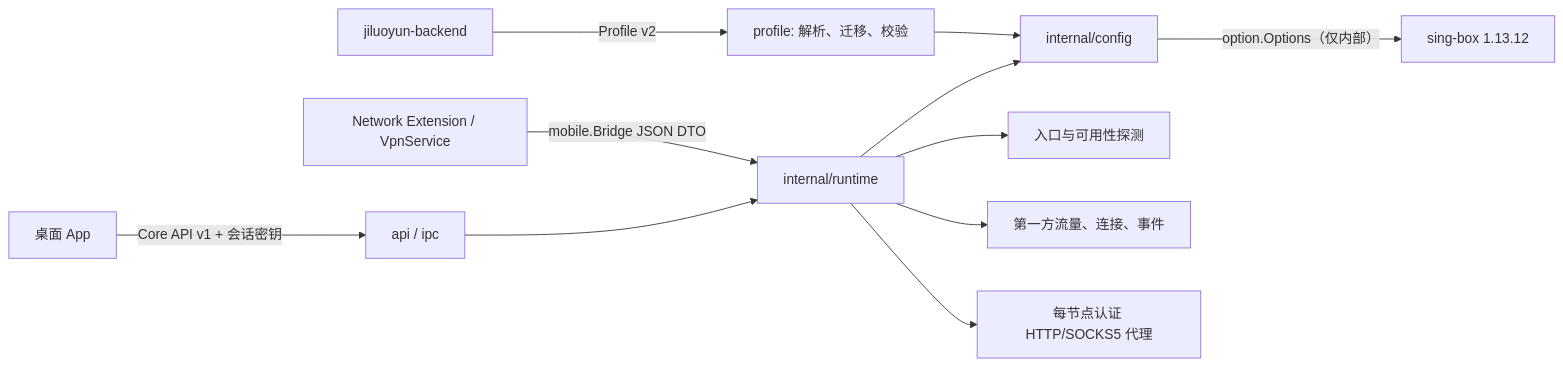
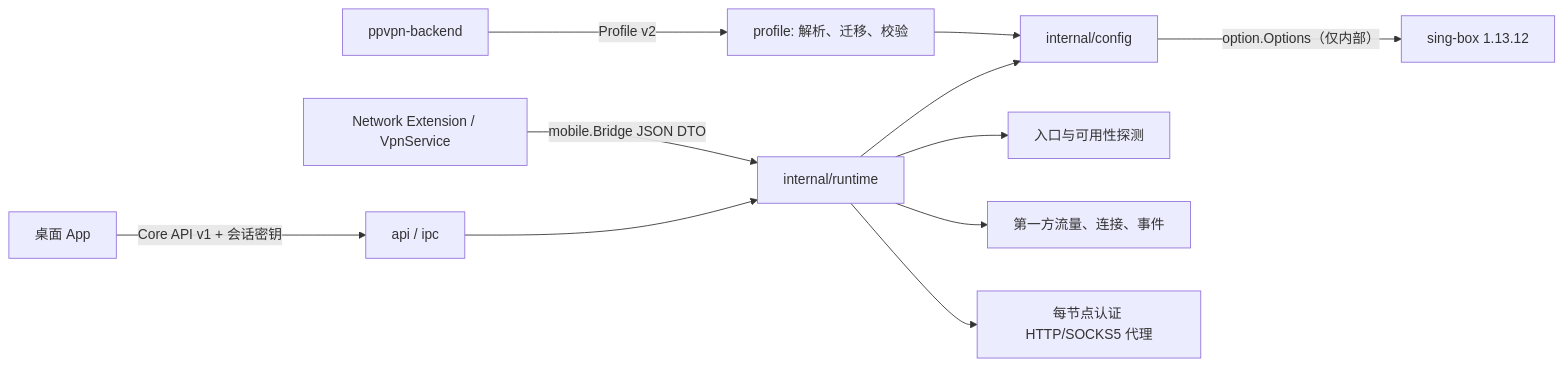
The first of 2 diagrams in docs/architecture.md (peakpassvpn/ppvpn-core), drawn with Mermaid before and after one commit. The commit also changed 37 other files, not shown here.

````diff
--- a/docs/architecture.md
+++ b/docs/architecture.md
@@ -7,13 +7,13 @@
 ```mermaid
 flowchart LR
-  Backend["jiluoyun-backend"] -->|"Profile v2"| Profile["profile: 解析、迁移、校验"]
+  Backend["ppvpn-backend"] -->|"Profile v2"| Profile["profile: 解析、迁移、校验"]
   Desktop["桌面 App"] -->|"Core API v1 + 会话密钥"| API["api / ipc"]
   Mobile["Network Extension / VpnService"] -->|"mobile.Bridge JSON DTO"| Runtime["internal/runtime"]
   API --> Runtime
   Profile --> Builder["internal/config"]
   Runtime --> Builder
   Builder -->|"option.Options（仅内部）"| SingBox["sing-box 1.13.12"]
   Runtime --> Probe["入口与可用性探测"]
   Runtime --> Telemetry["第一方流量、连接、事件"]
   Runtime --> LocalProxy["每节点认证 HTTP/SOCKS5 代理"]
 ```
````
